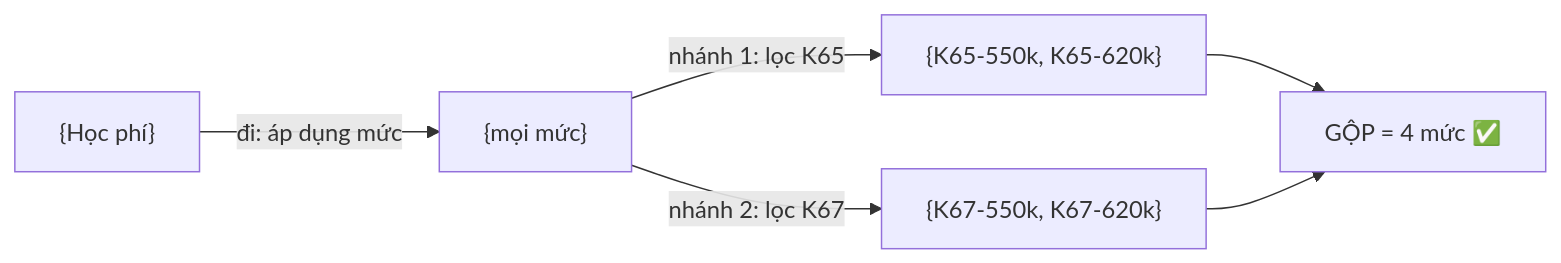
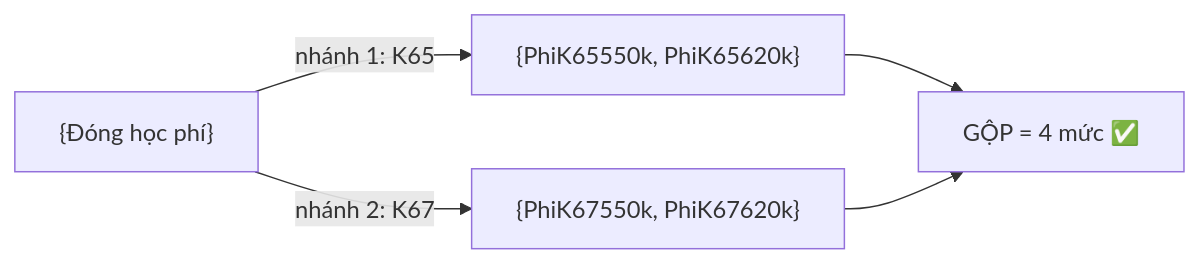
One commit to vpthinh19/ontology-chatbot changed the sixth of 10 diagrams in docs/CONCEPT.md. Above: the diagram before and after it, drawn with Mermaid. The commit also changed other lines of this file, not shown here.

````diff
--- a/docs/CONCEPT.md
+++ b/docs/CONCEPT.md
@@ -231,8 +250,7 @@
 ```mermaid
 flowchart LR
-    V0["{Học phí}"] -->|"đi: áp dụng mức"| V1["{mọi mức}"]
-    V1 -->|"nhánh 1: lọc K65"| V2["{K65-550k, K65-620k}"]
-    V1 -->|"nhánh 2: lọc K67"| V3["{K67-550k, K67-620k}"]
-    V2 --> VR["GỘP = 4 mức ✅"]
-    V3 --> VR
+    U0["{Đóng học phí}"] -->|"nhánh 1: K65"| U1["{PhiK65550k, PhiK65620k}"]
+    U0 -->|"nhánh 2: K67"| U2["{PhiK67550k, PhiK67620k}"]
+    U1 --> UR["GỘP = 4 mức ✅"]
+    U2 --> UR
 ```
````
